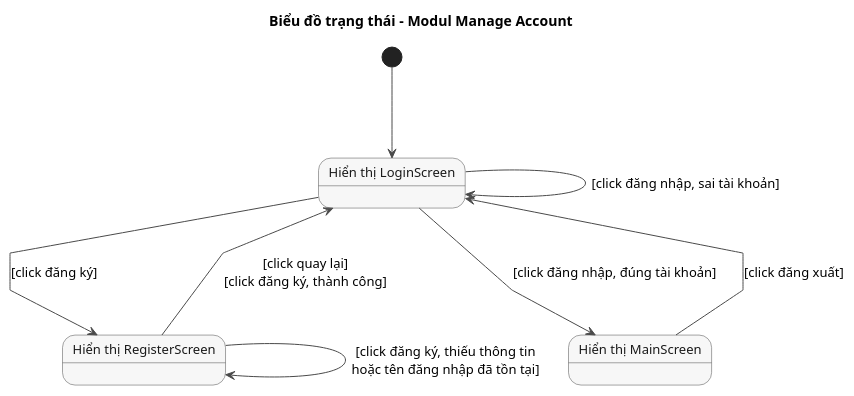
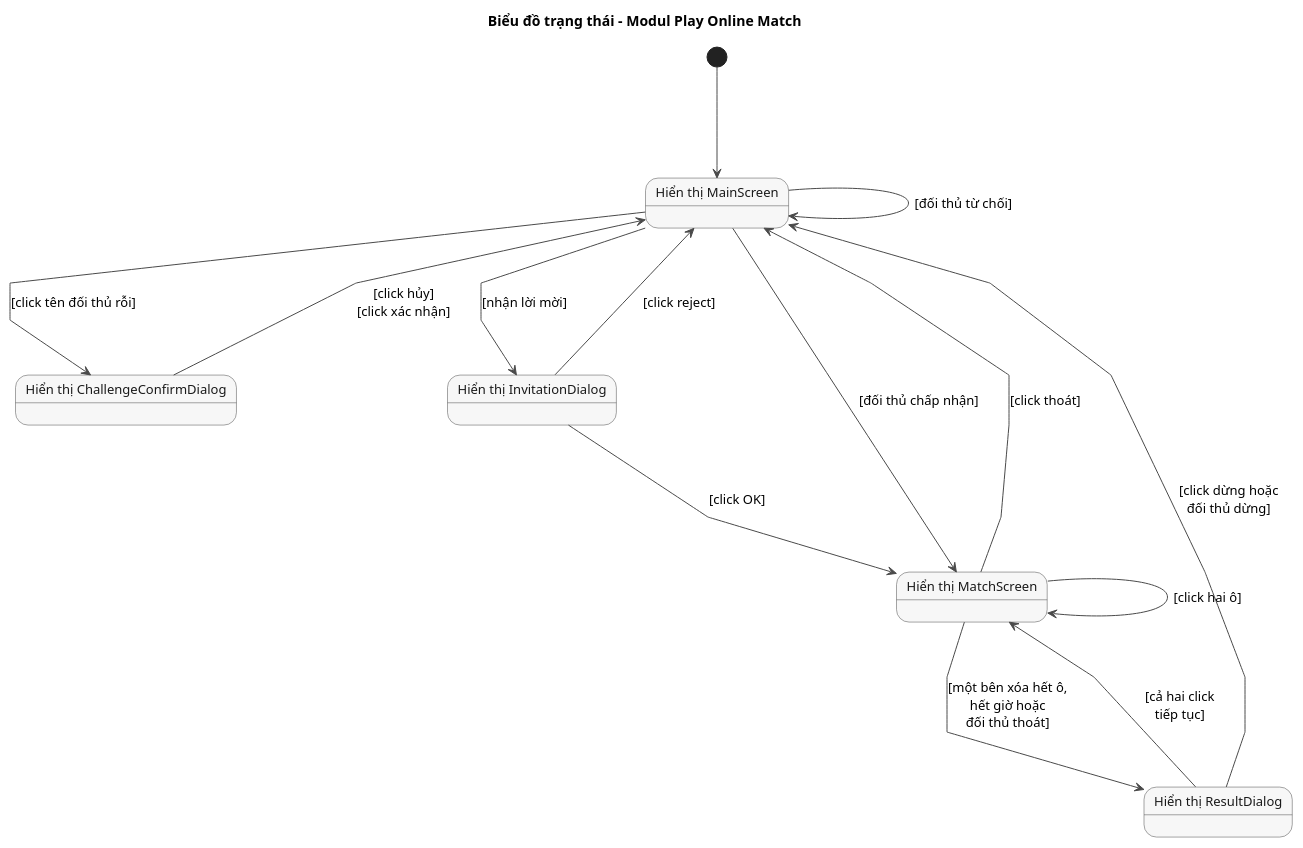
The diagram in docs/uml/pha2/state-m4.puml (VattenL/mobile-pikachu), drawn with PlantUML before and after one commit. The commit also changed 75 other files, not shown here.

```diff
--- a/docs/uml/pha2/state-m4.puml
+++ b/docs/uml/pha2/state-m4.puml
@@ -1,27 +1,35 @@
 @startuml state-m4
-title Biểu đồ trạng thái - Modul Manage Account
+title Biểu đồ trạng thái - Modul Play Online Match
 
 skinparam shadowing false
 skinparam linetype polyline
 skinparam defaultFontSize 13
 skinparam nodesep 120
-skinparam ranksep 90
+skinparam ranksep 110
 skinparam state {
   BackgroundColor #F7F7F7
   BorderColor #4A4A4A
   ArrowColor #4A4A4A
   FontColor #1A1A1A
 }
 
-state "Hiển thị LoginScreen" as Login
-state "Hiển thị RegisterScreen" as Register
 state "Hiển thị MainScreen" as Main
+state "Hiển thị ChallengeConfirmDialog" as Confirm
+state "Hiển thị InvitationDialog" as Invitation
+state "Hiển thị MatchScreen" as Match
+state "Hiển thị ResultDialog" as Result
 
-[*] --> Login
-Login --> Register : [click đăng ký]
-Register --> Register : [click đăng ký, thiếu thông tin\nhoặc tên đăng nhập đã tồn tại]
-Register --> Login : [click quay lại]\n[click đăng ký, thành công]
-Login --> Login : [click đăng nhập, sai tài khoản]
-Login --> Main : [click đăng nhập, đúng tài khoản]
-Main --> Login : [click đăng xuất]
+[*] --> Main
+Main --> Confirm : [click tên đối thủ rỗi]
+Confirm --> Main : [click hủy]\n[click xác nhận]
+Main --> Main : [đối thủ từ chối]
+Main --> Invitation : [nhận lời mời]
+Invitation --> Main : [click reject]
+Invitation --> Match : [click OK]
+Main --> Match : [đối thủ chấp nhận]
+Match --> Match : [click hai ô]
+Match --> Main : [click thoát]
+Match --> Result : [một bên xóa hết ô,\nhết giờ hoặc\nđối thủ thoát]
+Result --> Match : [cả hai click\ntiếp tục]
+Result --> Main : [click dừng hoặc\nđối thủ dừng]
 @enduml
```
